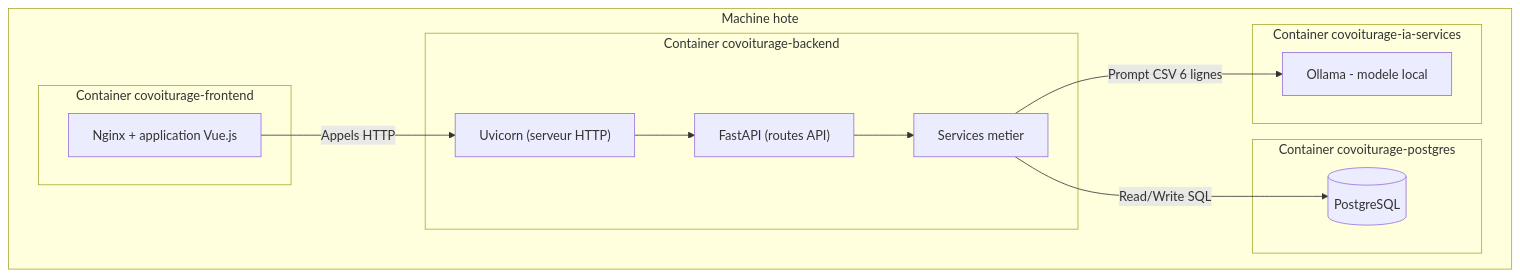
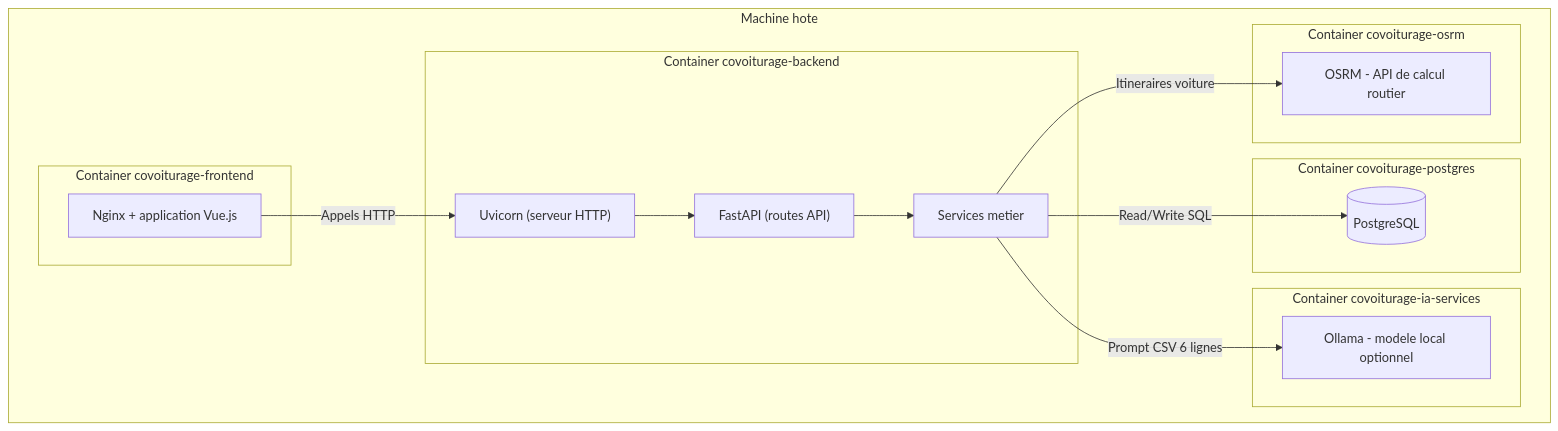
The second of 3 diagrams in doc/ARCHITECTURE.md (NaelFares/CNAM-I2-Project), drawn with Mermaid before and after one commit. The commit also changed other lines of this file, not shown here.

Commit message:
docs: compléter l’architecture Docker et le cycle de vie OSRM

````diff
--- a/doc/ARCHITECTURE.md
+++ b/doc/ARCHITECTURE.md
@@ -26,27 +29,32 @@
 ```mermaid
 flowchart TB
   subgraph HOST[Machine hote]
     subgraph C1[Container covoiturage-frontend]
       UI[Nginx + application Vue.js]
     end
 
     subgraph C2[Container covoiturage-backend]
       HTTP["Uvicorn (serveur HTTP)"]
       APP["FastAPI (routes API)"]
       CORE[Services metier]
       HTTP --> APP --> CORE
     end
 
     subgraph C3[Container covoiturage-postgres]
       DATA[(PostgreSQL)]
     end
 
     subgraph C4[Container covoiturage-ia-services]
-      LLM[Ollama - modele local]
+      LLM[Ollama - modele local optionnel]
+    end
+
+    subgraph C5[Container covoiturage-osrm]
+      ROUTER[OSRM - API de calcul routier]
     end
 
     UI -->|Appels HTTP| HTTP
     CORE -->|Read/Write SQL| DATA
     CORE -->|Prompt CSV 6 lignes| LLM
+    CORE -->|Itineraires voiture| ROUTER
   end
 ```
````
